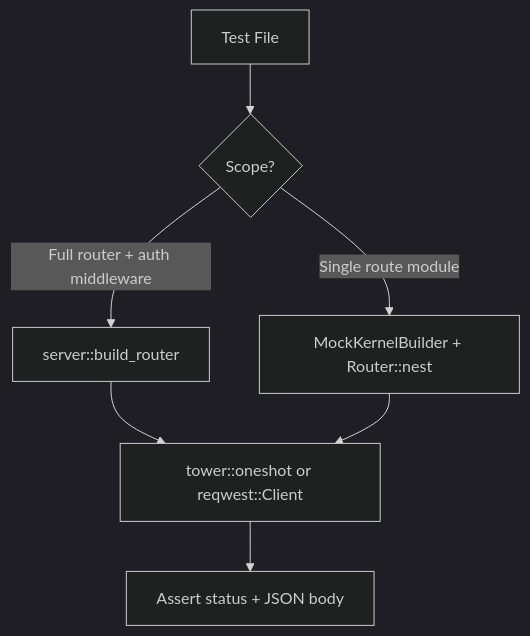
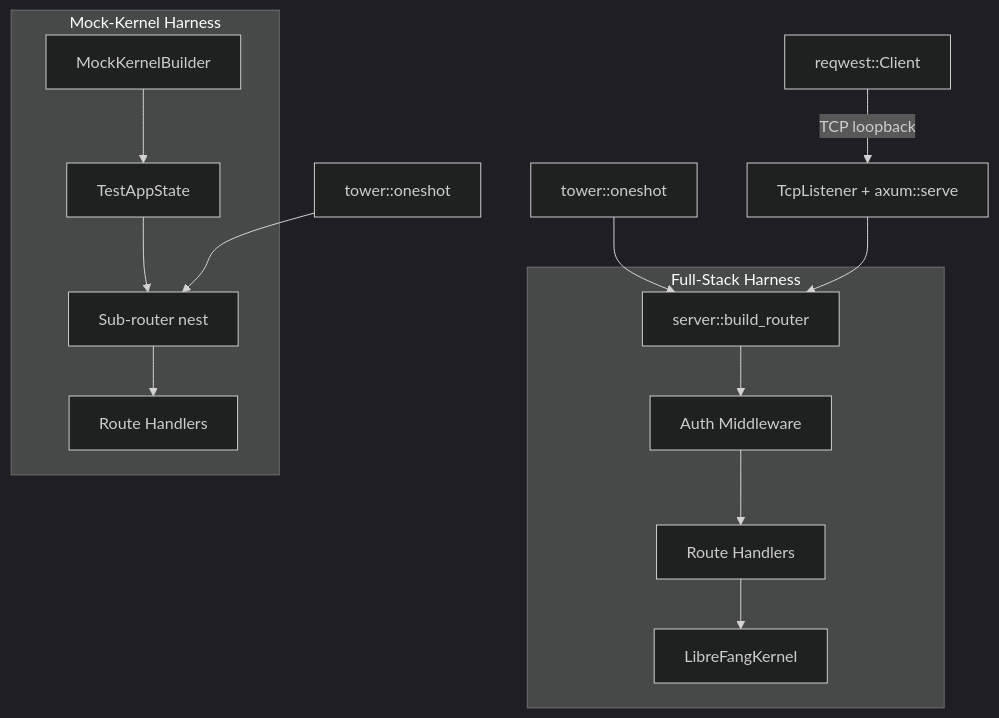
Before and after one commit to leszek3737/librefang-WIki: the diagram in other-librefang-api-tests.md, drawn with Mermaid (dark theme). The commit also changed other lines of this file and 125 other files, not shown here.

````diff
--- a/other-librefang-api-tests.md
+++ b/other-librefang-api-tests.md
@@ -26,9 +26,17 @@
 ```mermaid
 graph TD
-    A[Test File] --> B{Scope?}
-    B -->|Full router + auth middleware| C[server::build_router]
-    B -->|Single route module| D[MockKernelBuilder + Router::nest]
-    C --> E[tower::oneshot or reqwest::Client]
-    D --> E
-    E --> F[Assert status + JSON body]
+    subgraph "Full-Stack Harness"
+        A[server::build_router] --> B[Auth Middleware]
+        B --> C[Route Handlers]
+        C --> D[LibreFangKernel]
+    end
+    subgraph "Mock-Kernel Harness"
+        E[MockKernelBuilder] --> F[TestAppState]
+        F --> G[Sub-router nest]
+        G --> C2[Route Handlers]
+    end
+    H[tower::oneshot] --> A
+    H2[tower::oneshot] --> G
+    I[reqwest::Client] -->|TCP loopback| J[TcpListener + axum::serve]
+    J --> A
 ```
````
